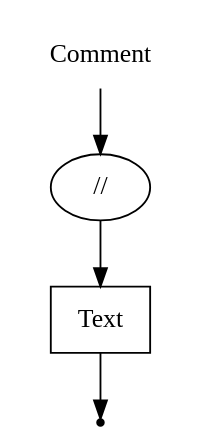
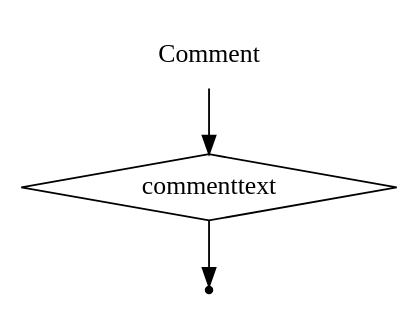
One commit to EgorGoluzin/DSL changed the diagram in DSLTools/examples/RBNFEXPRESSIONSTESTRULES/wirth/Comment.gv. Above: the diagram before and after it, drawn with Graphviz. The commit also changed 22 other files, not shown here.

```diff
--- a/DSLTools/examples/RBNFEXPRESSIONSTESTRULES/wirth/Comment.gv
+++ b/DSLTools/examples/RBNFEXPRESSIONSTESTRULES/wirth/Comment.gv
@@ -1,9 +1,7 @@
 digraph Comment {
   start [label="Comment" shape=plaintext];
-  A [label="//" shape=oval];
-  B [label="Text" shape=box];
+  A [label="commenttext" shape=diamond];
   end [label="" shape=point];
   start -> A;
-  A -> B;
-  B -> end;
+  A -> end;
 }
```
